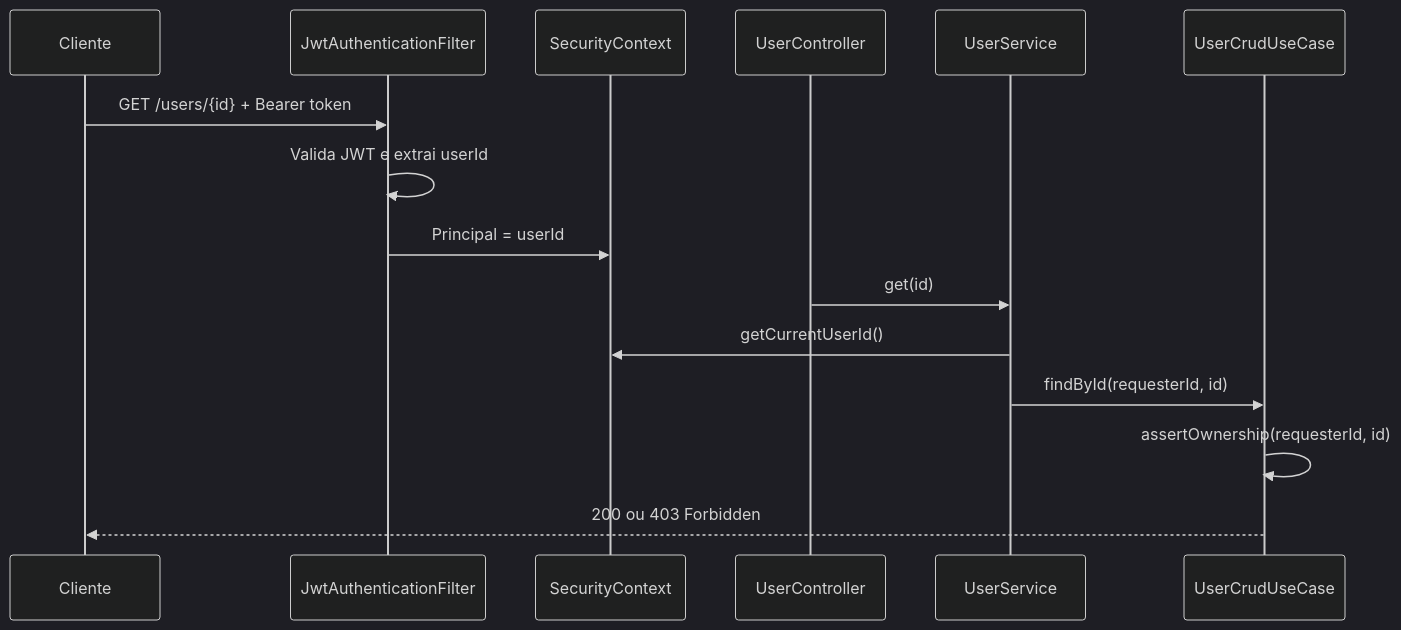
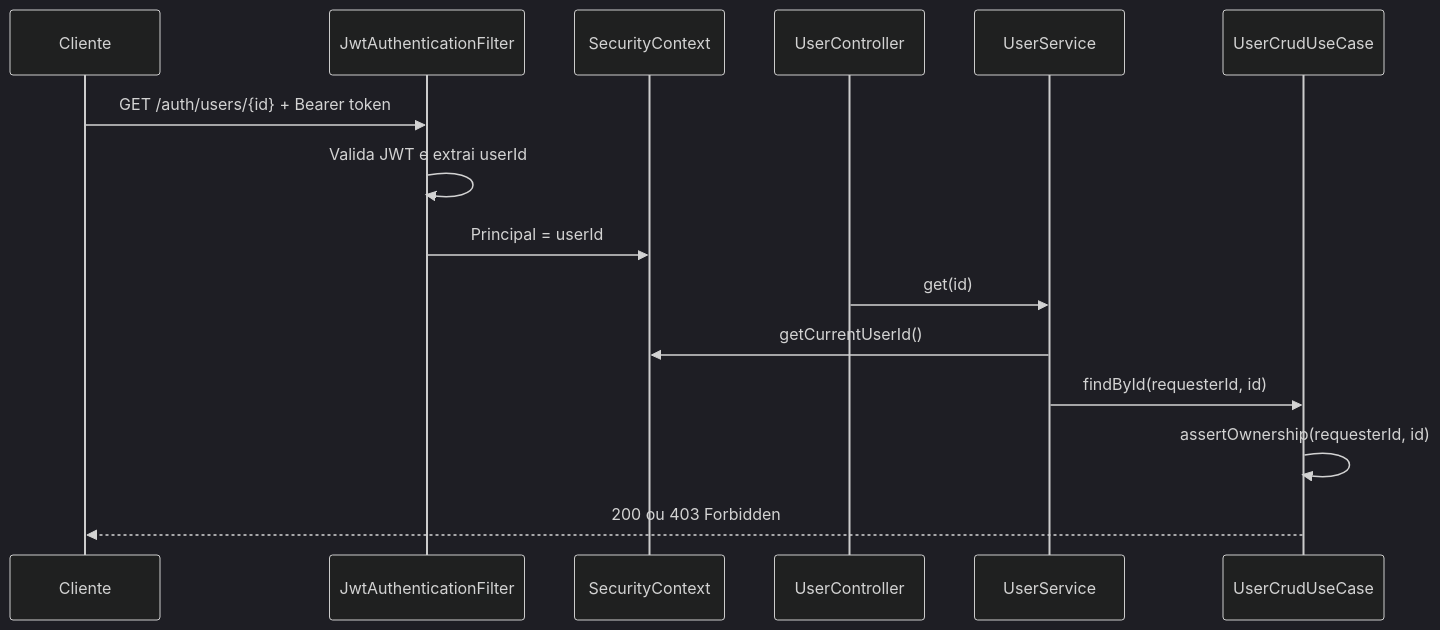
Before and after one commit to video-to-image-microservices/video-to-image: the diagram in auth-ms/README.md, drawn with Mermaid (dark theme). The commit also changed other lines of this file and 12 other files, not shown here.

````diff
--- a/auth-ms/README.md
+++ b/auth-ms/README.md
@@ -81,18 +81,18 @@
 ```mermaid
 sequenceDiagram
     participant C as Cliente
     participant F as JwtAuthenticationFilter
     participant SC as SecurityContext
     participant UC as UserController
     participant US as UserService
     participant UU as UserCrudUseCase
 
-    C->>F: GET /users/{id} + Bearer token
+    C->>F: GET /auth/users/{id} + Bearer token
     F->>F: Valida JWT e extrai userId
     F->>SC: Principal = userId
     UC->>US: get(id)
     US->>SC: getCurrentUserId()
     US->>UU: findById(requesterId, id)
     UU->>UU: assertOwnership(requesterId, id)
     UU-->>C: 200 ou 403 Forbidden
 ```
````
